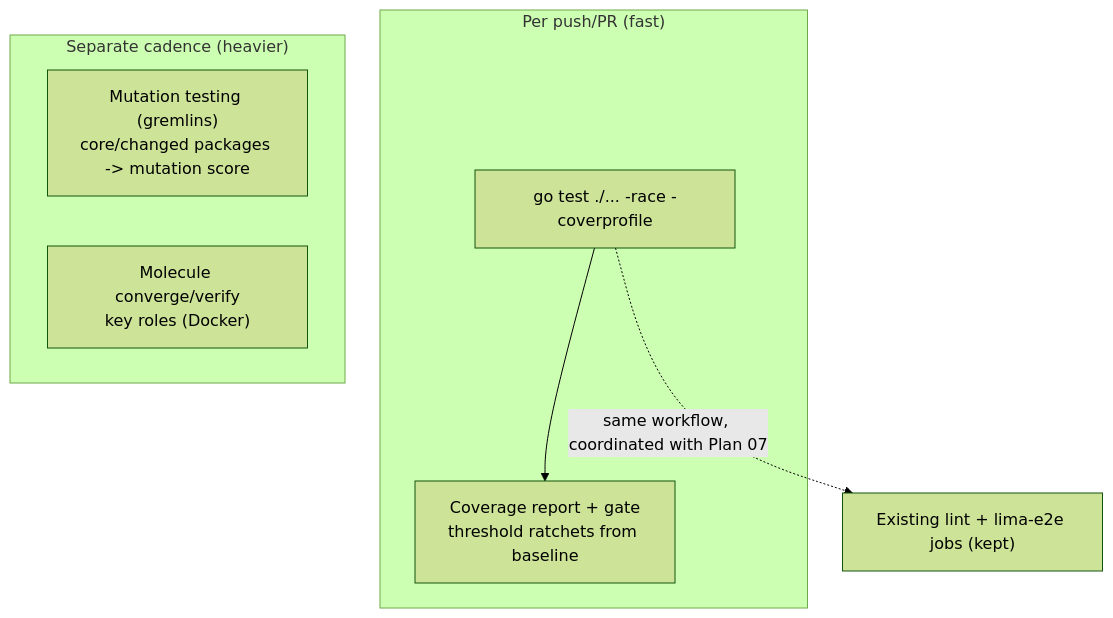
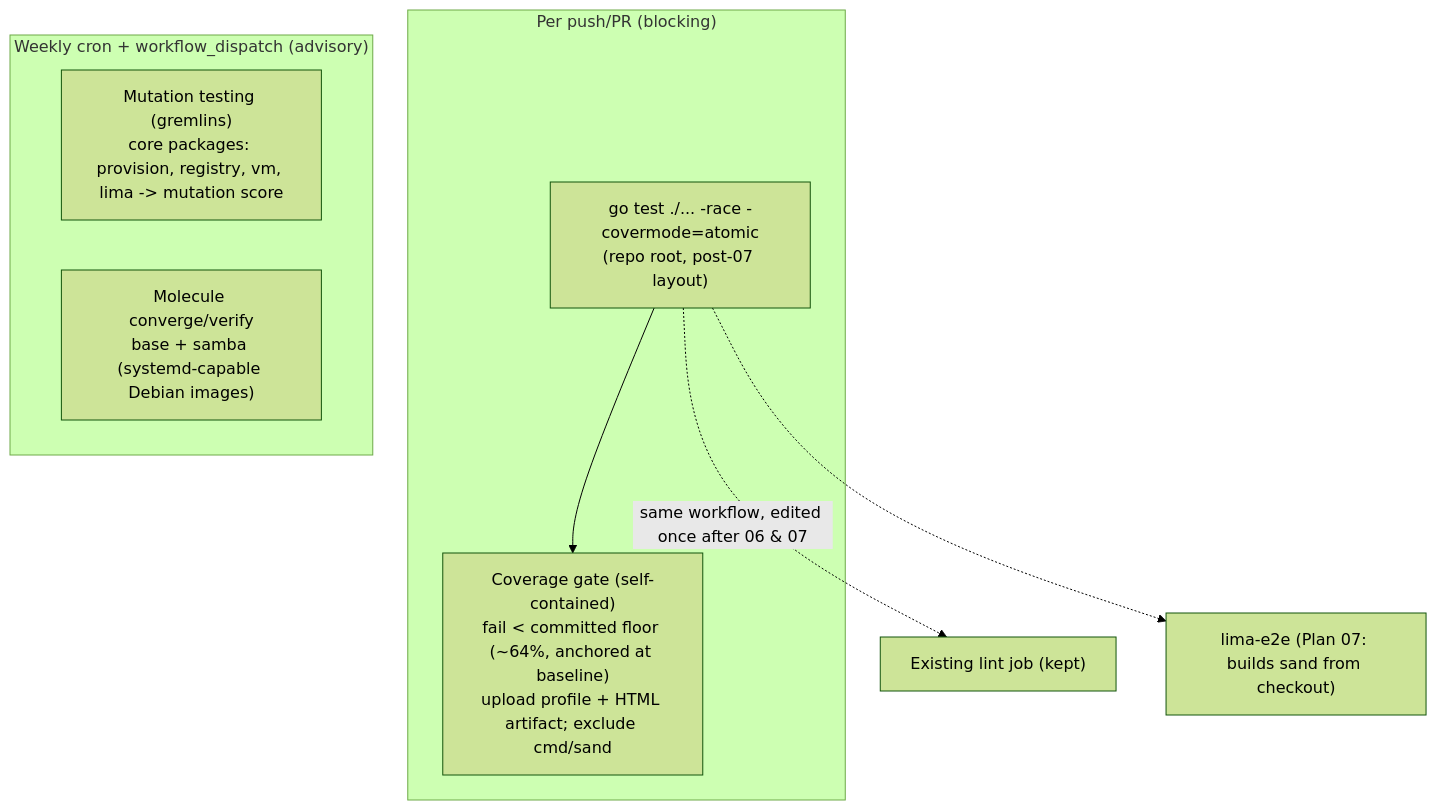
One commit to Lullabot/sandbar changed the diagram in .ai/task-manager/plans/08--ci-tests-coverage-mutation/plan-08--ci-tests-coverage-mutation.md. Above: the diagram before and after it, drawn with Mermaid (forest theme). The commit also changed other lines of this file and 3 other files, not shown here.

````diff
--- a/.ai/task-manager/plans/08--ci-tests-coverage-mutation/plan-08--ci-tests-coverage-mutation.md
+++ b/.ai/task-manager/plans/08--ci-tests-coverage-mutation/plan-08--ci-tests-coverage-mutation.md
@@ -48,14 +60,16 @@
 ```mermaid
 flowchart TD
-    subgraph FAST["Per push/PR (fast)"]
-        G["go test ./... -race -coverprofile"]
-        COV["Coverage report + gate<br/>threshold ratchets from baseline"]
+    subgraph FAST["Per push/PR (blocking)"]
+        G["go test ./... -race -covermode=atomic<br/>(repo root, post-07 layout)"]
+        COV["Coverage gate (self-contained)<br/>fail < committed floor (~64%, anchored at baseline)<br/>upload profile + HTML artifact; exclude cmd/sand"]
         G --> COV
     end
-    subgraph SLOW["Separate cadence (heavier)"]
-        M["Mutation testing (gremlins)<br/>core/changed packages -> mutation score"]
-        MOL["Molecule converge/verify<br/>key roles (Docker)"]
+    subgraph SLOW["Weekly cron + workflow_dispatch (advisory)"]
+        M["Mutation testing (gremlins)<br/>core packages: provision, registry, vm, lima -> mutation score"]
+        MOL["Molecule converge/verify<br/>base + samba (systemd-capable Debian images)"]
     end
-    LINT["Existing lint + lima-e2e jobs (kept)"]
-    G -.->|same workflow, coordinated with Plan 07| LINT
+    LINT["Existing lint job (kept)"]
+    E2E["lima-e2e (Plan 07: builds sand from checkout)"]
+    G -.->|same workflow, edited once after 06 & 07| LINT
+    G -.-> E2E
 ```
````
